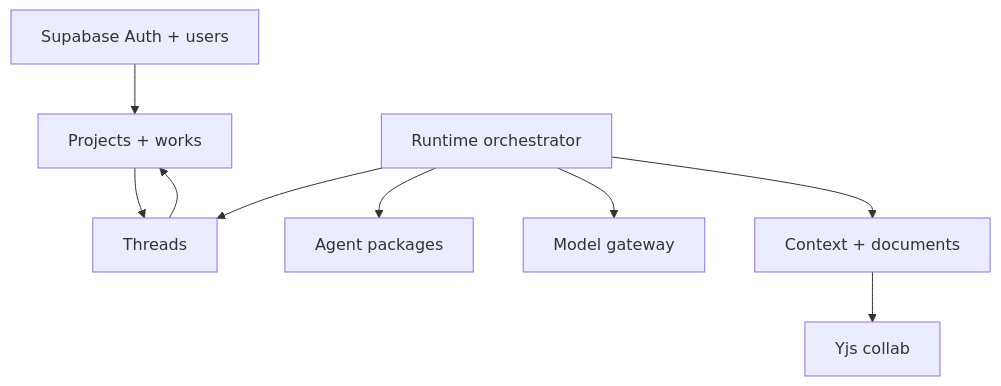
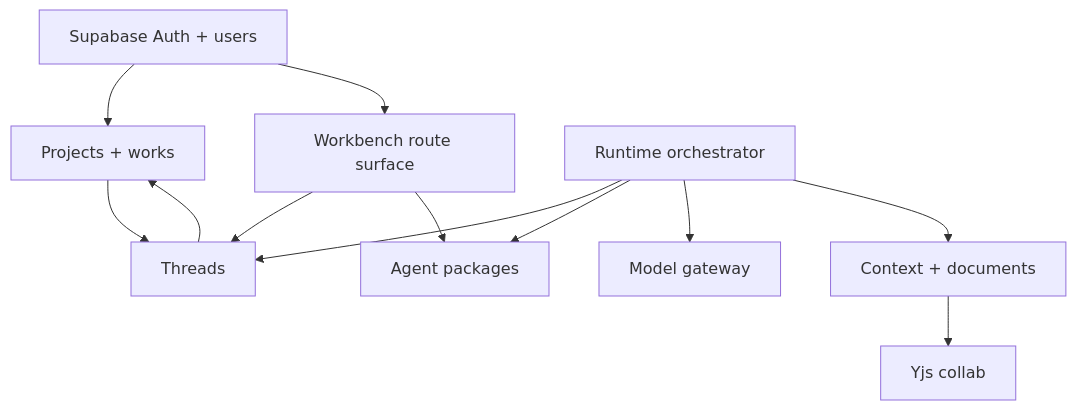
One commit to haowjy/meridian-flow changed the diagram in .context/CONTEXT.md. Above: the diagram before and after it, drawn with Mermaid. The commit also changed other lines of this file and 5 other files, not shown here.

Commit message:
docs: capture workbench route surface

````diff
--- a/.context/CONTEXT.md
+++ b/.context/CONTEXT.md
@@ -9,20 +9,24 @@
 ```mermaid
 flowchart TD
   Projects[Projects + works]
+  Workbenches[Workbench route surface]
   Auth[Supabase Auth + users]
   Packages[Agent packages]
   Runtime[Runtime orchestrator]
   Gateway[Model gateway]
   Threads[Threads]
   Context[Context + documents]
   Collab[Yjs collab]
 
   Auth --> Projects
+  Auth --> Workbenches
+  Workbenches --> Threads
+  Workbenches --> Packages
   Projects --> Threads
   Runtime --> Threads
   Runtime --> Packages
   Runtime --> Gateway
   Runtime --> Context
   Context --> Collab
   Threads --> Projects
 ```
````
